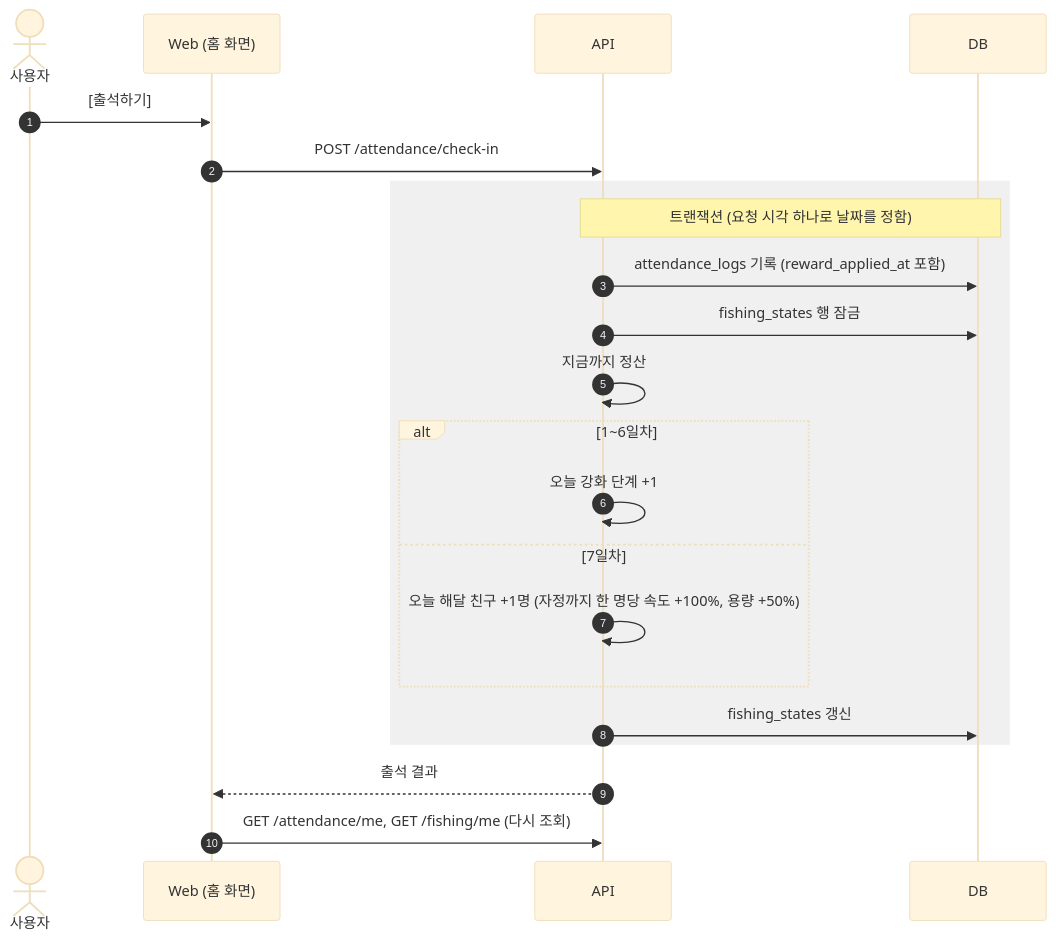
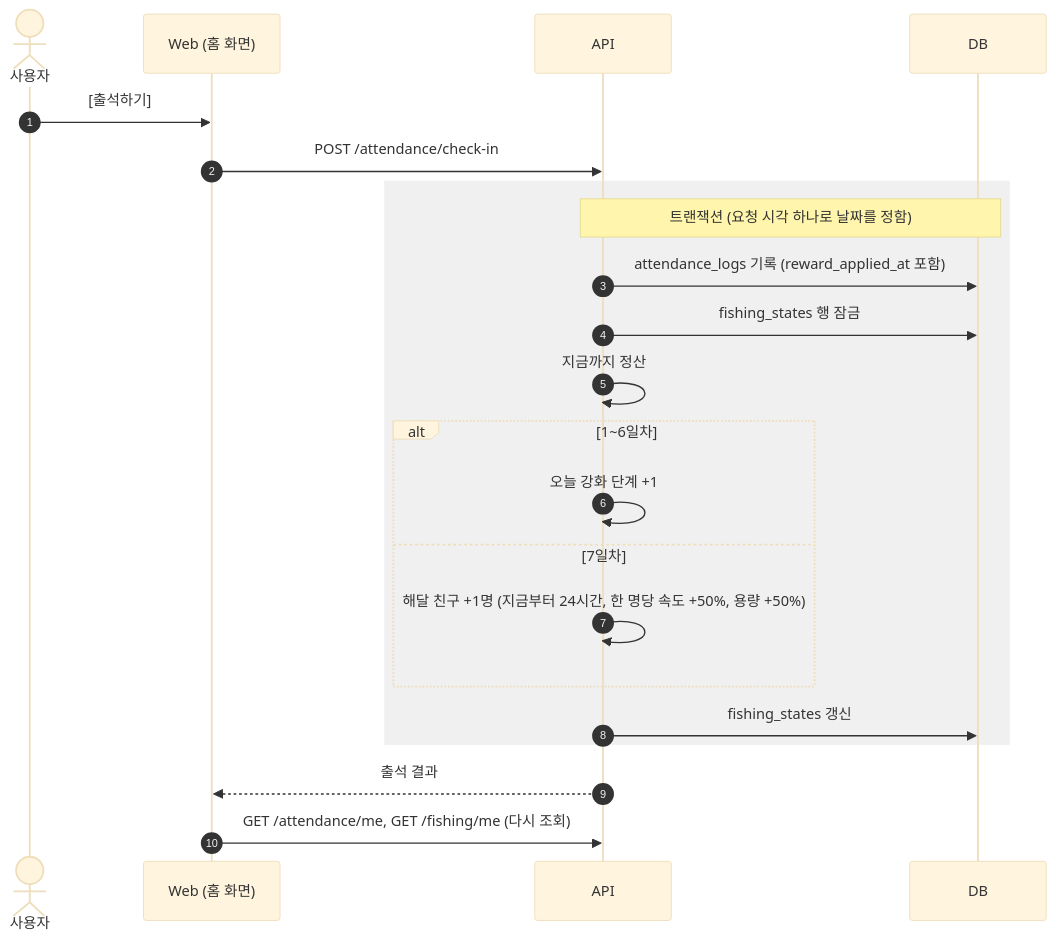
One commit to toss-minigame/haedalpoint changed the fifth of 7 diagrams in docs/design/fishing-sequence.md. Above: the diagram before and after it, drawn with Mermaid (base theme). The commit also changed other lines of this file and 32 other files, not shown here.

````diff
--- a/docs/design/fishing-sequence.md
+++ b/docs/design/fishing-sequence.md
@@ -104,25 +104,25 @@
 ```mermaid
 sequenceDiagram
     autonumber
     actor U as 사용자
     participant W as Web (홈 화면)
     participant A as API
     participant D as DB
 
     U->>W: [출석하기]
     W->>A: POST /attendance/check-in
     rect rgb(240, 240, 240)
         Note over A,D: 트랜잭션 (요청 시각 하나로 날짜를 정함)
         A->>D: attendance_logs 기록 (reward_applied_at 포함)
         A->>D: fishing_states 행 잠금
         A->>A: 지금까지 정산
         alt 1~6일차
             A->>A: 오늘 강화 단계 +1
         else 7일차
-            A->>A: 오늘 해달 친구 +1명 (자정까지 한 명당 속도 +100%, 용량 +50%)
+            A->>A: 해달 친구 +1명 (지금부터 24시간, 한 명당 속도 +50%, 용량 +50%)
         end
         A->>D: fishing_states 갱신
     end
     A-->>W: 출석 결과
     W->>A: GET /attendance/me, GET /fishing/me (다시 조회)
 ```
````
